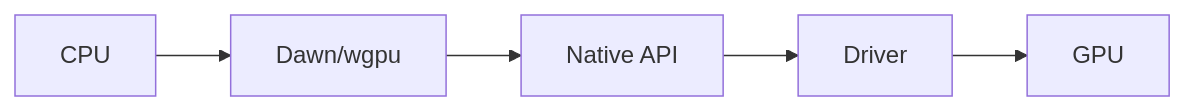
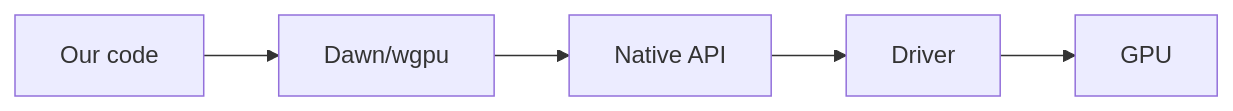
Before and after one commit to Bromles/wgpu-tutorial: the fourth of 4 diagrams in docs/index.md, drawn with Mermaid. The commit also changed other lines of this file, not shown here.

````diff
--- a/docs/index.md
+++ b/docs/index.md
@@ -101,4 +106,4 @@
 ```mermaid
 flowchart LR
-    CPU --> Dawn/wgpu --> Native["Native API "] --> Driver --> GPU
+  Code["Our code"] --> Dawn/wgpu --> Native["Native API "] --> Driver --> GPU
 ```
````
